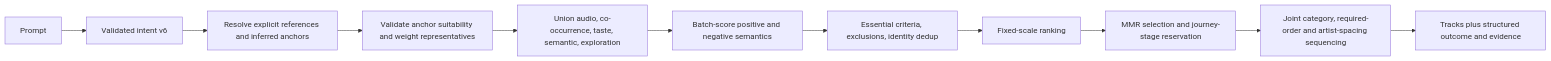
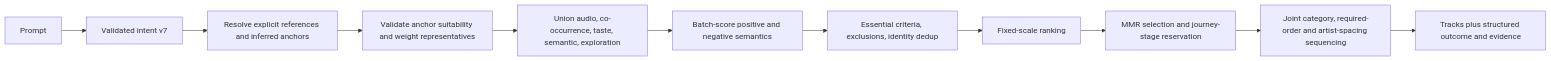
Before and after one commit to platten/playlistai: the diagram in docs/recommendation-correctness.md, drawn with Mermaid. The commit also changed other lines of this file and 130 other files, not shown here.

````diff
--- a/docs/recommendation-correctness.md
+++ b/docs/recommendation-correctness.md
@@ -23,13 +23,13 @@
 ```mermaid
 flowchart LR
-    P[Prompt] --> I[Validated intent v6]
+    P[Prompt] --> I[Validated intent v7]
     I --> R[Resolve explicit references and inferred anchors]
     R --> A[Validate anchor suitability and weight representatives]
     A --> U[Union audio, co-occurrence, taste, semantic, exploration]
     U --> S[Batch-score positive and negative semantics]
     S --> E[Essential criteria, exclusions, identity dedup]
     E --> K[Fixed-scale ranking]
     K --> D[MMR selection and journey-stage reservation]
     D --> Q[Joint category, required-order and artist-spacing sequencing]
     Q --> O[Tracks plus structured outcome and evidence]
 ```
````
